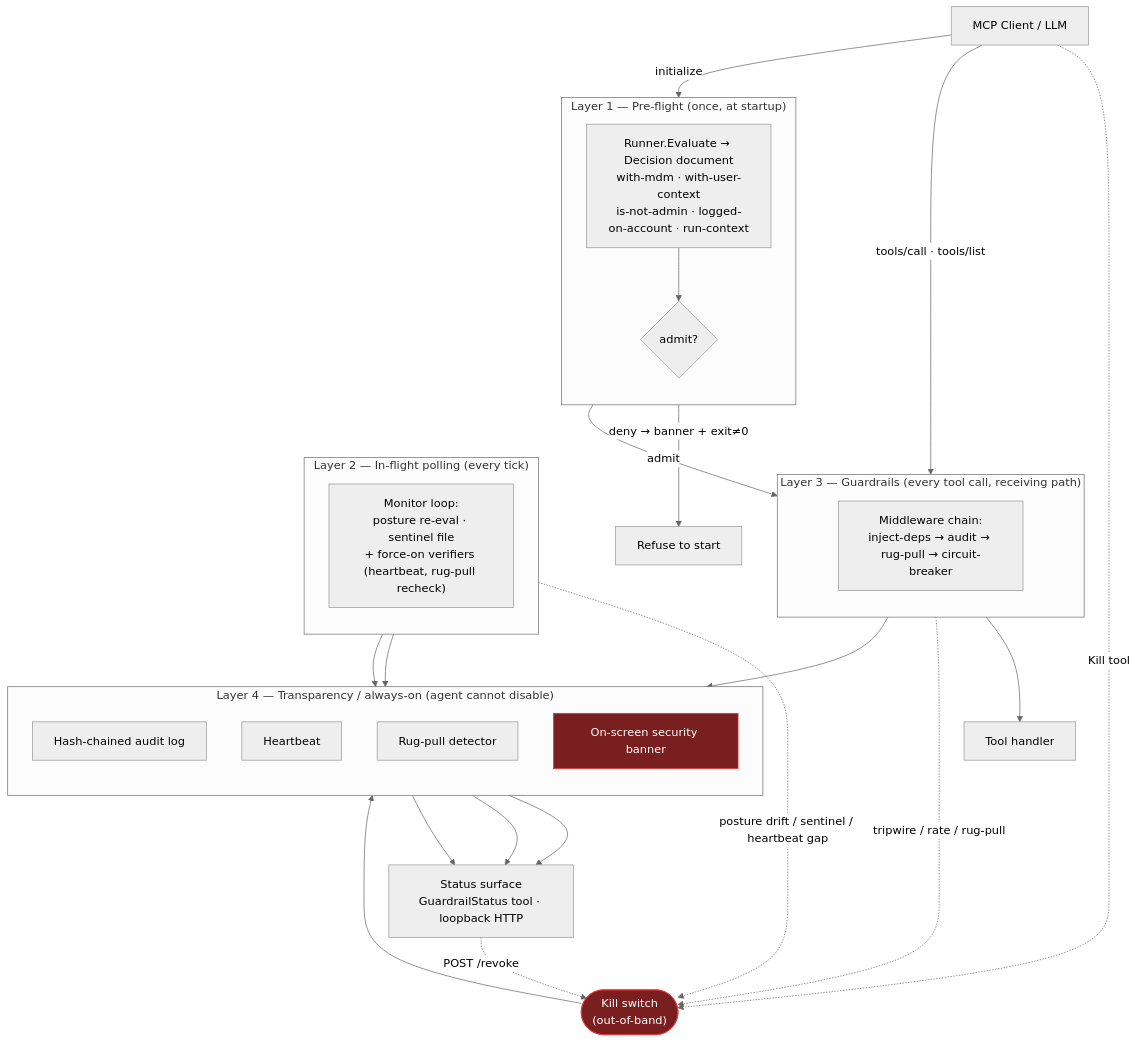
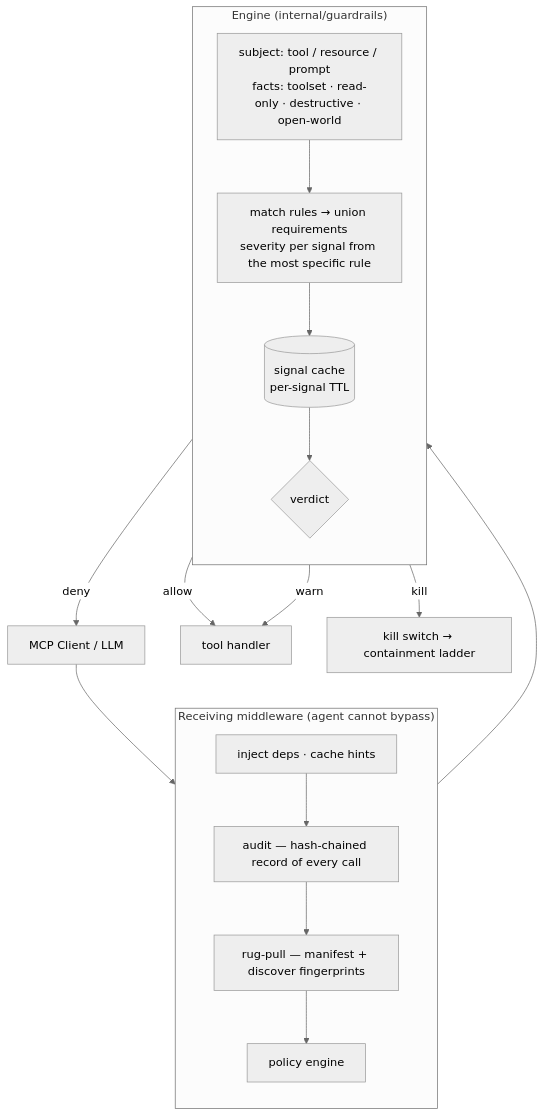
Before and after one commit to deploymenttheory/windows-mcp-server: the first of 8 diagrams in docs/security-architecture.md, drawn with Mermaid (neutral theme). The commit also changed other lines of this file and 15 other files, not shown here.

````diff
--- a/docs/security-architecture.md
+++ b/docs/security-architecture.md
@@ -23,54 +31,30 @@
 ```mermaid
 flowchart TB
     Client["MCP Client / LLM"]
 
-    subgraph L1["Layer 1 — Pre-flight (once, at startup)"]
+    subgraph CHAIN["Receiving middleware (agent cannot bypass)"]
         direction TB
-        PF["Runner.Evaluate → Decision document<br/>with-mdm · with-user-context<br/>is-not-admin · logged-on-account · run-context"]
-        GATE{"admit?"}
-        PF --> GATE
+        DEPS["inject deps · cache hints"]
+        AUD["audit — hash-chained record of every call"]
+        RUG["rug-pull — manifest + discover fingerprints"]
+        ENG["policy engine"]
     end
 
-    subgraph L3["Layer 3 — Guardrails (every tool call, receiving path)"]
+    subgraph EVAL["Engine (internal/guardrails)"]
         direction TB
-        MW["Middleware chain:<br/>inject-deps → audit → rug-pull → circuit-breaker"]
+        SUBJ["subject: tool / resource / prompt<br/>facts: toolset · read-only · destructive · open-world"]
+        MATCH["match rules → union requirements<br/>severity per signal from the most specific rule"]
+        CACHE[("signal cache<br/>per-signal TTL")]
+        VERDICT{"verdict"}
     end
 
-    subgraph L2["Layer 2 — In-flight polling (every tick)"]
-        direction TB
-        MON["Monitor loop:<br/>posture re-eval · sentinel file<br/>+ force-on verifiers (heartbeat, rug-pull recheck)"]
-    end
+    Tool["tool handler"]
+    KILL["kill switch → containment ladder"]
 
-    subgraph L4["Layer 4 — Transparency / always-on (agent cannot disable)"]
-        direction TB
-        AUD["Hash-chained audit log"]
-        HB["Heartbeat"]
-        RP["Rug-pull detector"]
-        BAN["On-screen security banner"]
-    end
-
-    KILL(["Kill switch<br/>(out-of-band)"])
-    STATUS["Status surface<br/>GuardrailStatus tool · loopback HTTP"]
-
-    Client -->|"initialize"| GATE
-    GATE -->|"deny → banner + exit≠0"| STOP["Refuse to start"]
-    GATE -->|"admit"| L3
-    Client -->|"tools/call · tools/list"| MW
-    MW --> Handler["Tool handler"]
-
-    MW -. "tripwire / rate / rug-pull" .-> KILL
-    MON -. "posture drift / sentinel / heartbeat gap" .-> KILL
-    Client -. "Kill tool" .-> KILL
-    STATUS -. "POST /revoke" .-> KILL
-
-    L3 --> AUD
-    MON --> HB
-    MON --> RP
-    KILL --> BAN
-    AUD --> STATUS
-    HB --> STATUS
-    RP --> STATUS
-
-    classDef kill fill:#7a1f1f,stroke:#e33,color:#fff;
-    class KILL,BAN kill;
+    Client --> DEPS --> AUD --> RUG --> ENG
+    ENG --> SUBJ --> MATCH --> CACHE --> VERDICT
+    VERDICT -->|allow| Tool
+    VERDICT -->|warn| Tool
+    VERDICT -->|deny| Client
+    VERDICT -->|kill| KILL
 ```
````
